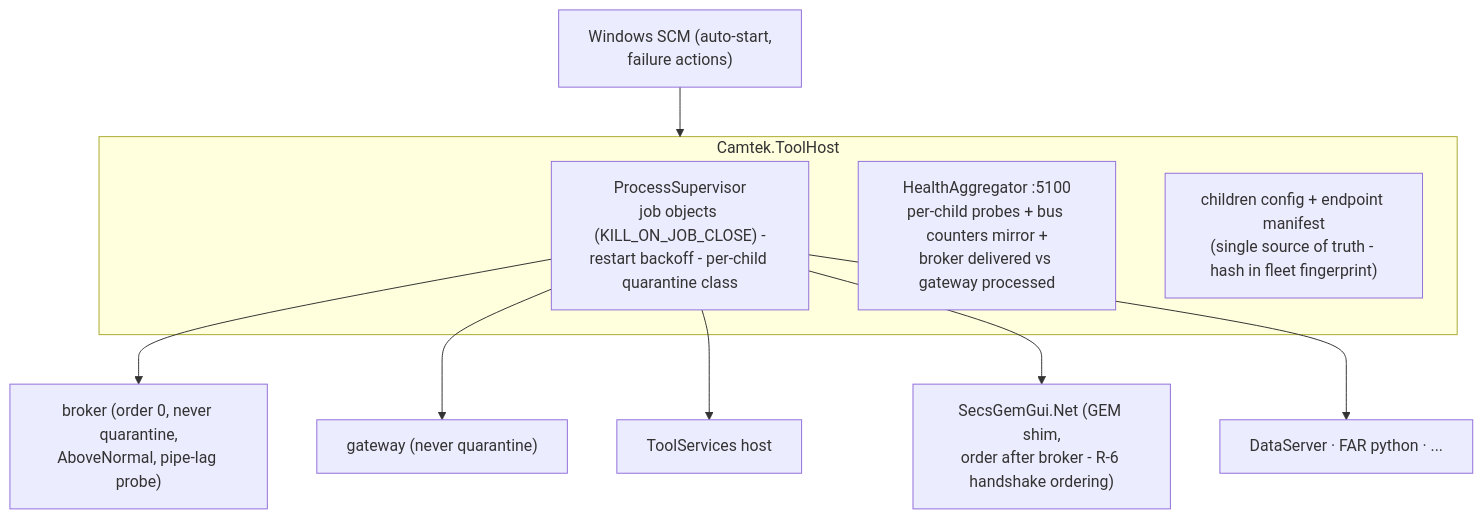
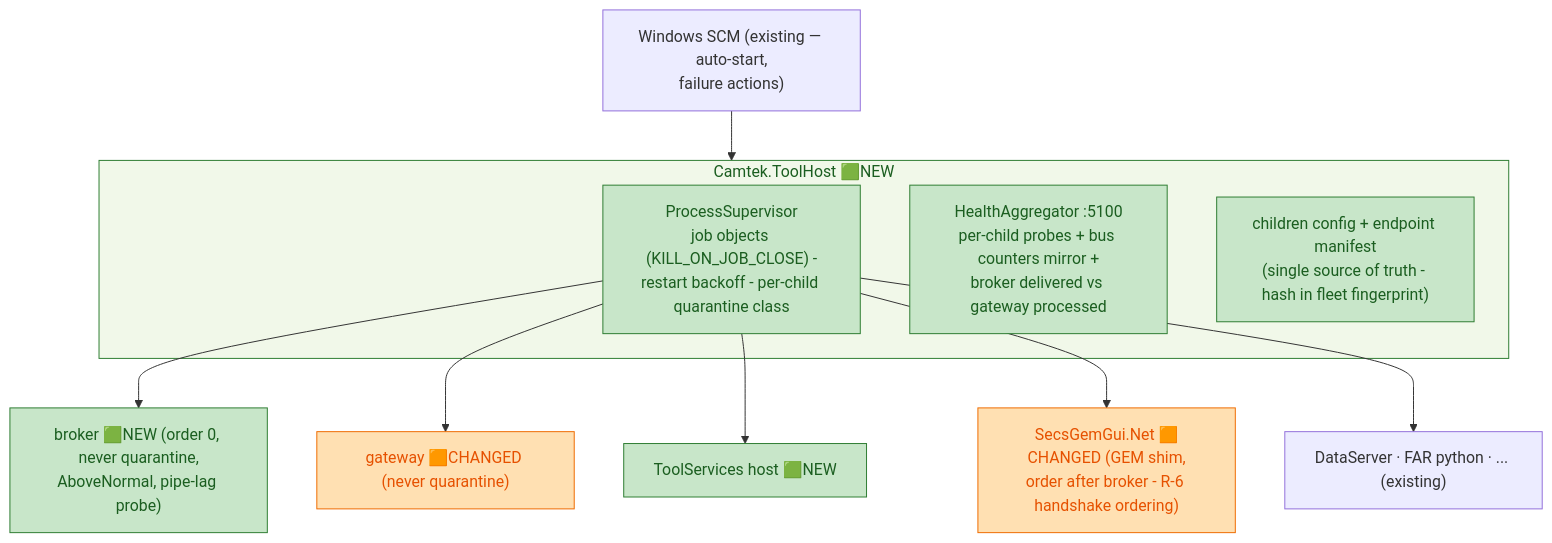
One commit to amitA-camtek/bus_gateway changed the tenth of 15 diagrams in stage/01-system-architecture.md. Above: the diagram before and after it, drawn with Mermaid. The commit also changed other lines of this file and 11 other files, not shown here.

````diff
--- a/stage/01-system-architecture.md
+++ b/stage/01-system-architecture.md
@@ -234,15 +274,21 @@
 ```mermaid
 flowchart TB
-    SCM["Windows SCM (auto-start,\nfailure actions)"]
-    subgraph THS["Camtek.ToolHost"]
+    SCM["Windows SCM (existing — auto-start,\nfailure actions)"]
+    subgraph THS["Camtek.ToolHost 🟩NEW"]
         SUP["ProcessSupervisor\njob objects (KILL_ON_JOB_CLOSE) -\nrestart backoff - per-child quarantine class"]
         HA["HealthAggregator :5100\nper-child probes + bus counters mirror +\nbroker delivered vs gateway processed"]
         CFG["children config + endpoint manifest\n(single source of truth - hash in fleet fingerprint)"]
     end
     SCM --> THS
-    SUP --> C1["broker (order 0, never quarantine,\nAboveNormal, pipe-lag probe)"]
-    SUP --> C2["gateway (never quarantine)"]
-    SUP --> C3["ToolServices host"]
-    SUP --> C5["SecsGemGui.Net (GEM shim,\norder after broker - R-6 handshake ordering)"]
-    SUP --> C4["DataServer · FAR python · ..."]
+    SUP --> C1["broker 🟩NEW (order 0, never quarantine,\nAboveNormal, pipe-lag probe)"]
+    SUP --> C2["gateway 🟧CHANGED (never quarantine)"]
+    SUP --> C3["ToolServices host 🟩NEW"]
+    SUP --> C5["SecsGemGui.Net 🟧CHANGED (GEM shim,\norder after broker - R-6 handshake ordering)"]
+    SUP --> C4["DataServer · FAR python · ... (existing)"]
+
+    classDef new fill:#C8E6C9,stroke:#2E7D32,color:#1B5E20;
+    classDef changed fill:#FFE0B2,stroke:#EF6C00,color:#E65100;
+    class SUP,HA,CFG,C1,C3 new;
+    class C2,C5 changed;
+    style THS fill:#F1F8E9,stroke:#2E7D32,color:#1B5E20;
 ```
````
